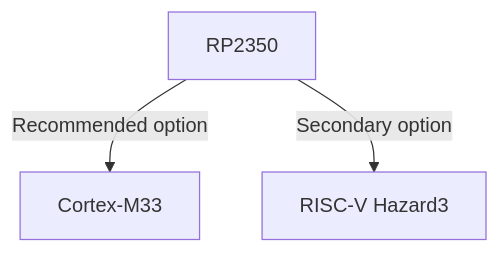
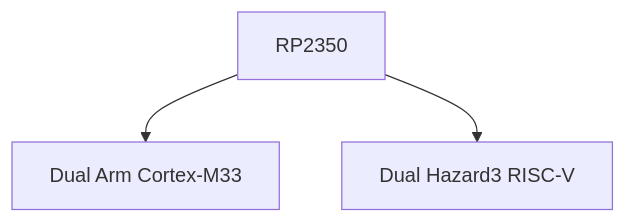
One commit to Gulden8ag/embedded1 changed the first of 3 diagrams in docs/Bloque1-GPIO/Tema_B.md. Above: the diagram before and after it, drawn with Mermaid. The commit also changed other lines of this file and 2 other files, not shown here.

````diff
--- a/docs/Bloque1-GPIO/Tema_B.md
+++ b/docs/Bloque1-GPIO/Tema_B.md
@@ -67,5 +97,5 @@
 ```mermaid
-graph TD
-    A[RP2350] -->|Recommended option| ARM[Cortex-M33]
-    A -->|Secondary option| RISCV[RISC-V Hazard3]
+flowchart TD
+    RP["RP2350"] --> ARM["Dual Arm Cortex-M33"]
+    RP --> RISCV["Dual Hazard3 RISC-V"]
 ```
````
